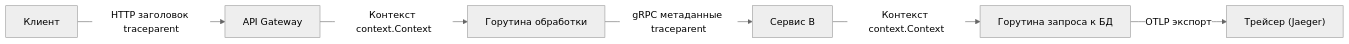
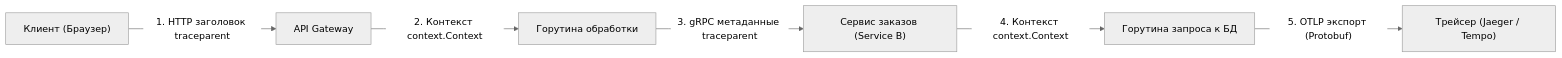
The first of 2 diagrams in sources/14. Распределенные системы на Go/08. Практика/6. Distributed tracing.md (UnrealTemplier/go-textbook), drawn with Mermaid (neutral theme) before and after one commit. The commit also changed other lines of this file, not shown here.

````diff
--- a/sources/14. Распределенные системы на Go/08. Практика/6. Distributed tracing.md
+++ b/sources/14. Распределенные системы на Go/08. Практика/6. Distributed tracing.md
@@ -26,8 +52,8 @@
 ```mermaid
 flowchart LR
-    A["Клиент"] -->|"HTTP заголовок traceparent"| B["API Gateway"]
-    B -->|"Контекст context.Context"| C["Горутина обработки"]
-    C -->|"gRPC метаданные traceparent"| D["Сервис B"]
-    D -->|"Контекст context.Context"| E["Горутина запроса к БД"]
-    E -->|"OTLP экспорт"| F["Трейсер (Jaeger)"]
+    Client["Клиент (Браузер)"] -->|"1. HTTP заголовок traceparent"| Gateway["API Gateway"]
+    Gateway -->|"2. Контекст context.Context"| GoroutineGW["Горутина обработки"]
+    GoroutineGW -->|"3. gRPC метаданные traceparent"| ServiceB["Сервис заказов (Service B)"]
+    ServiceB -->|"4. Контекст context.Context"| GoroutineDB["Горутина запроса к БД"]
+    GoroutineDB -->|"5. OTLP экспорт (Protobuf)"| Jaeger["Трейсер (Jaeger / Tempo)"]
 ```
````
